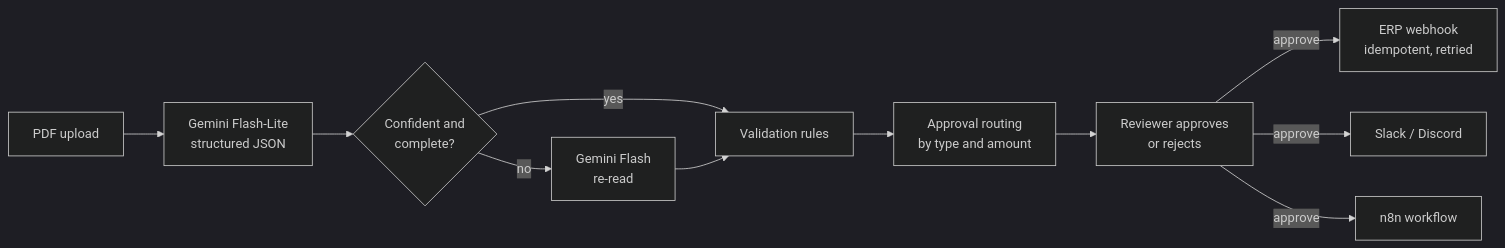
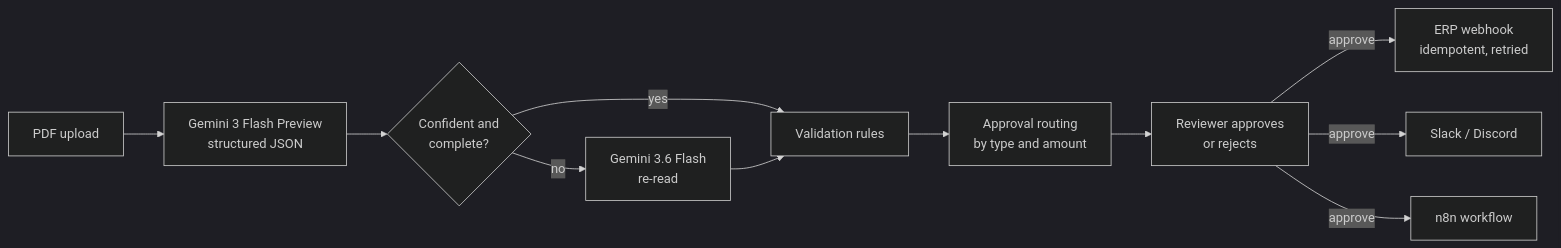
The diagram in README.md (deekshithlanka/docroute), drawn with Mermaid (dark theme) before and after one commit. The commit also changed other lines of this file and 7 other files, not shown here.

````diff
--- a/README.md
+++ b/README.md
@@ -15,13 +15,13 @@
 ```mermaid
 flowchart LR
-  A[PDF upload] --> B[Gemini Flash-Lite<br/>structured JSON]
+  A[PDF upload] --> B[Gemini 3 Flash Preview<br/>structured JSON]
   B --> C{Confident and<br/>complete?}
-  C -- no --> D[Gemini Flash<br/>re-read]
+  C -- no --> D[Gemini 3.6 Flash<br/>re-read]
   C -- yes --> E[Validation rules]
   D --> E
   E --> F[Approval routing<br/>by type and amount]
   F --> G[Reviewer approves<br/>or rejects]
   G -- approve --> H[ERP webhook<br/>idempotent, retried]
   G -- approve --> I[Slack / Discord]
   G -- approve --> J[n8n workflow]
 ```
````
